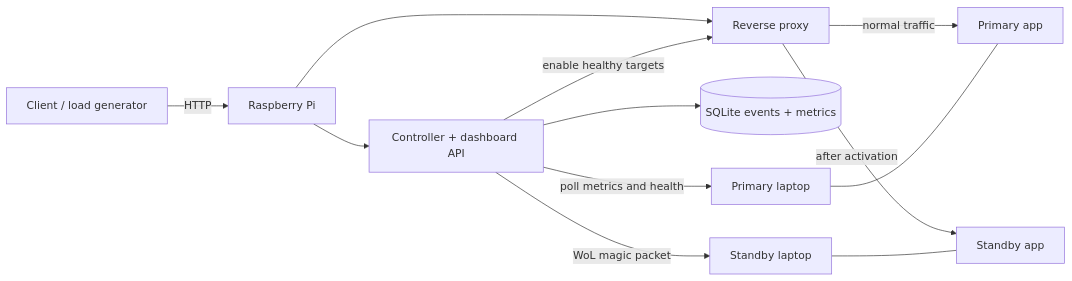
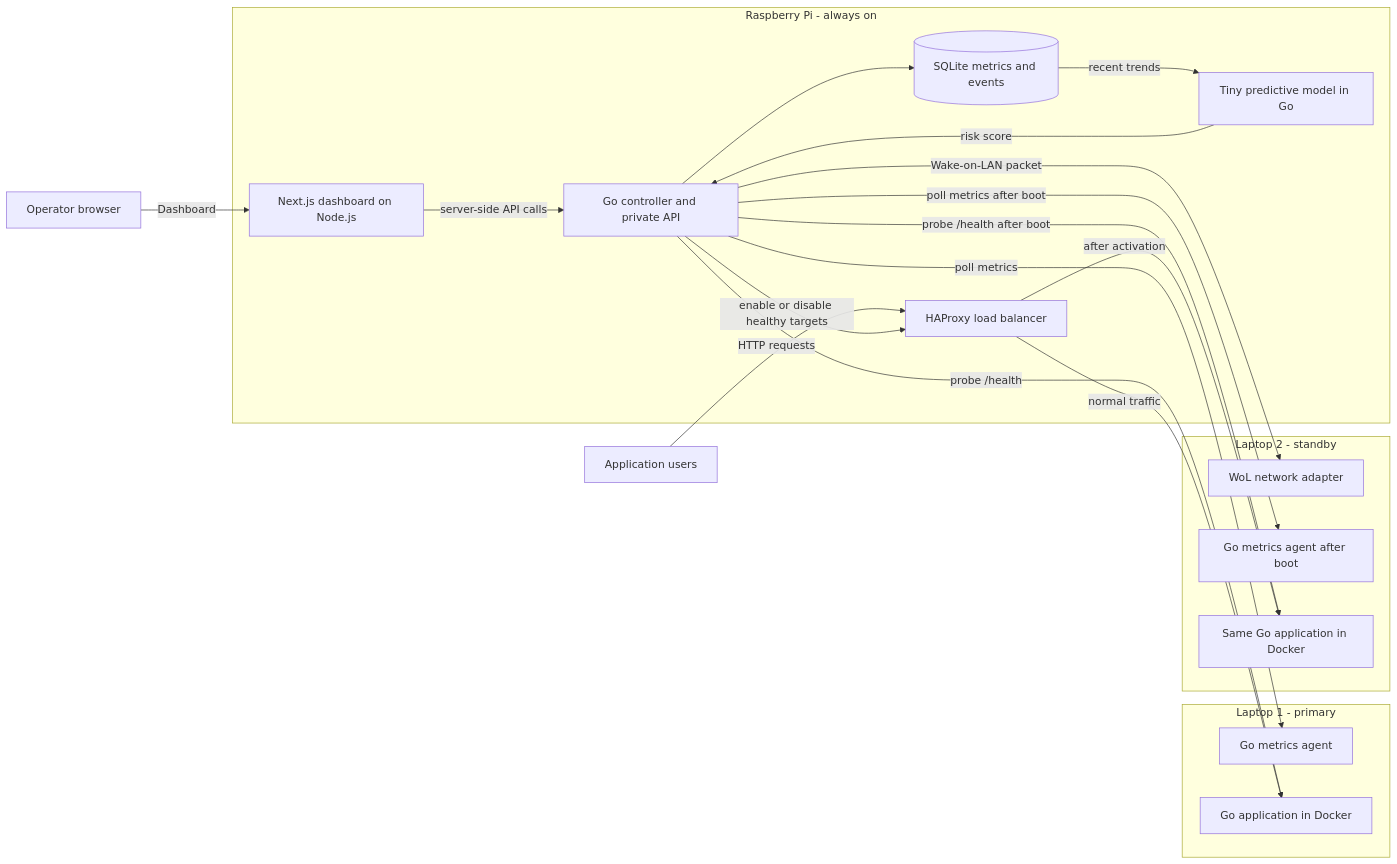
One commit to samarthsinh2660/Smart-Server-Monitoring changed the first of 5 diagrams in docs/idea.md. Above: the diagram before and after it, drawn with Mermaid. The commit also changed other lines of this file and 17 other files, not shown here.

````diff
--- a/docs/idea.md
+++ b/docs/idea.md
@@ -15,14 +15,37 @@
 ```mermaid
 flowchart LR
-    U[Client / load generator] -->|HTTP| P[Raspberry Pi]
-    P --> LB[Reverse proxy]
-    P --> C[Controller + dashboard API]
-    C --> DB[(SQLite events + metrics)]
-    C -->|poll metrics and health| A1[Primary laptop]
-    C -->|WoL magic packet| A2[Standby laptop]
-    C -->|enable healthy targets| LB
-    LB -->|normal traffic| S1[Primary app]
-    LB -->|after activation| S2[Standby app]
-    A1 --- S1
-    A2 --- S2
+    Users[Application users] -->|HTTP requests| Proxy
+    Operator[Operator browser] -->|Dashboard| Next
+
+    subgraph Pi[Raspberry Pi - always on]
+        Proxy[HAProxy load balancer]
+        Next[Next.js dashboard on Node.js]
+        Controller[Go controller and private API]
+        Store[(SQLite metrics and events)]
+        Next -->|server-side API calls| Controller
+        Model[Tiny predictive model in Go]
+        Controller --> Store
+        Store -->|recent trends| Model
+        Model -->|risk score| Controller
+        Controller -->|enable or disable healthy targets| Proxy
+    end
+
+    subgraph Primary[Laptop 1 - primary]
+        Agent1[Go metrics agent]
+        App1[Go application in Docker]
+    end
+
+    subgraph Standby[Laptop 2 - standby]
+        NIC2[WoL network adapter]
+        Agent2[Go metrics agent after boot]
+        App2[Same Go application in Docker]
+    end
+
+    Controller -->|poll metrics| Agent1
+    Controller -->|probe /health| App1
+    Controller -->|Wake-on-LAN packet| NIC2
+    Controller -->|poll metrics after boot| Agent2
+    Controller -->|probe /health after boot| App2
+    Proxy -->|normal traffic| App1
+    Proxy -->|after activation| App2
 ```
````
